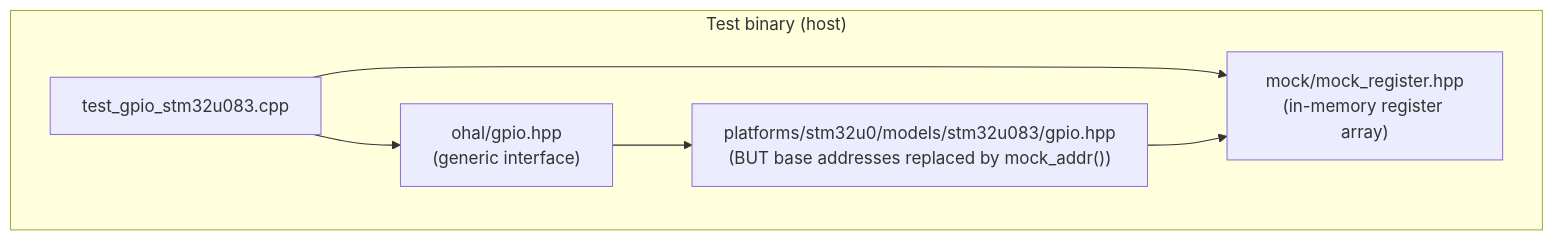
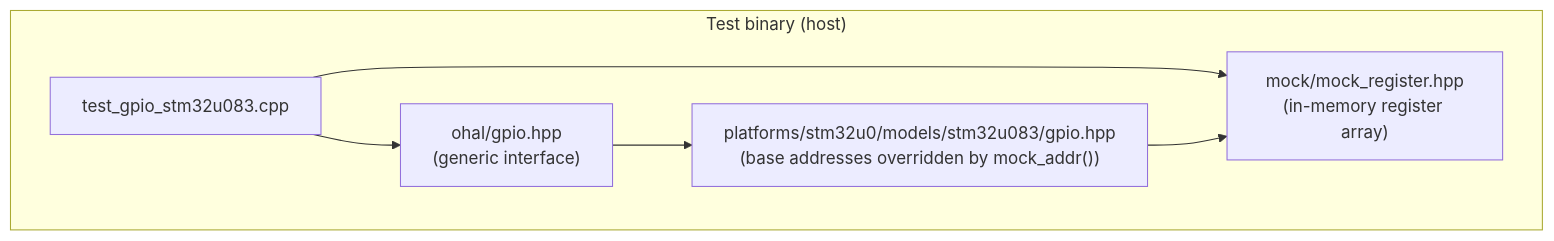
Diagram 11 of 12 in docs/plan.md (grahame-org/ohal), drawn with Mermaid before and after one commit. The commit also changed other lines of this file and 10 other files, not shown here.

````diff
--- a/docs/plan.md
+++ b/docs/plan.md
@@ -1000,13 +477,13 @@
 ```mermaid
 graph TD
     subgraph "Test binary (host)"
         TEST["test_gpio_stm32u083.cpp"]
         MOCK["mock/mock_register.hpp<br/>(in-memory register array)"]
         IFACE["ohal/gpio.hpp<br/>(generic interface)"]
-        PLAT["platforms/stm32u0/models/stm32u083/gpio.hpp<br/>(BUT base addresses replaced by mock_addr())"]
+        PLAT["platforms/stm32u0/models/stm32u083/gpio.hpp<br/>(base addresses overridden by mock_addr())"]
     end
     TEST --> MOCK
     TEST --> IFACE
     IFACE --> PLAT
     PLAT --> MOCK
 ```
````
